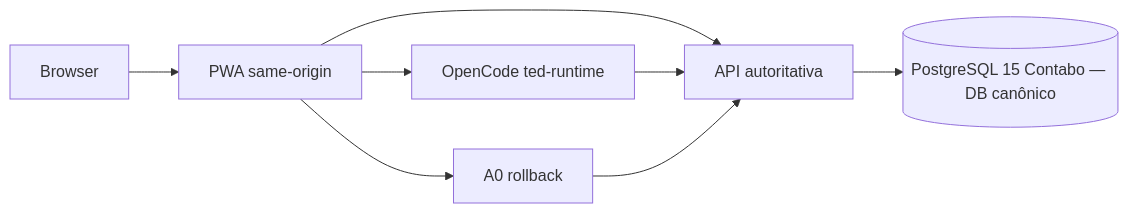
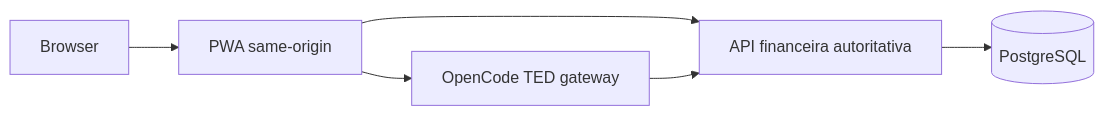
Before and after one commit to kust-projetos/meu-ted: the diagram in docs/ARCHITECTURE-TARGET.md, drawn with Mermaid. The commit also changed other lines of this file and 786 other files, not shown here.

First line of the commit message:
TED: OpenCode como único runtime e aposentadoria do A0

````diff
--- a/docs/ARCHITECTURE-TARGET.md
+++ b/docs/ARCHITECTURE-TARGET.md
@@ -16,10 +8,8 @@
 ```mermaid
 graph LR
     Browser --> PWA[PWA same-origin]
-    PWA --> OC[OpenCode ted-runtime]
-    PWA --> Agent[A0 rollback]
-    PWA --> API[API autoritativa]
-    OC --> API
-    Agent --> API
-    API --> DB[(PostgreSQL 15 Contabo — DB canônico)]
+    PWA --> Gateway[OpenCode TED gateway]
+    PWA --> API[API financeira autoritativa]
+    Gateway --> API
+    API --> DB[(PostgreSQL)]
 ```
````
